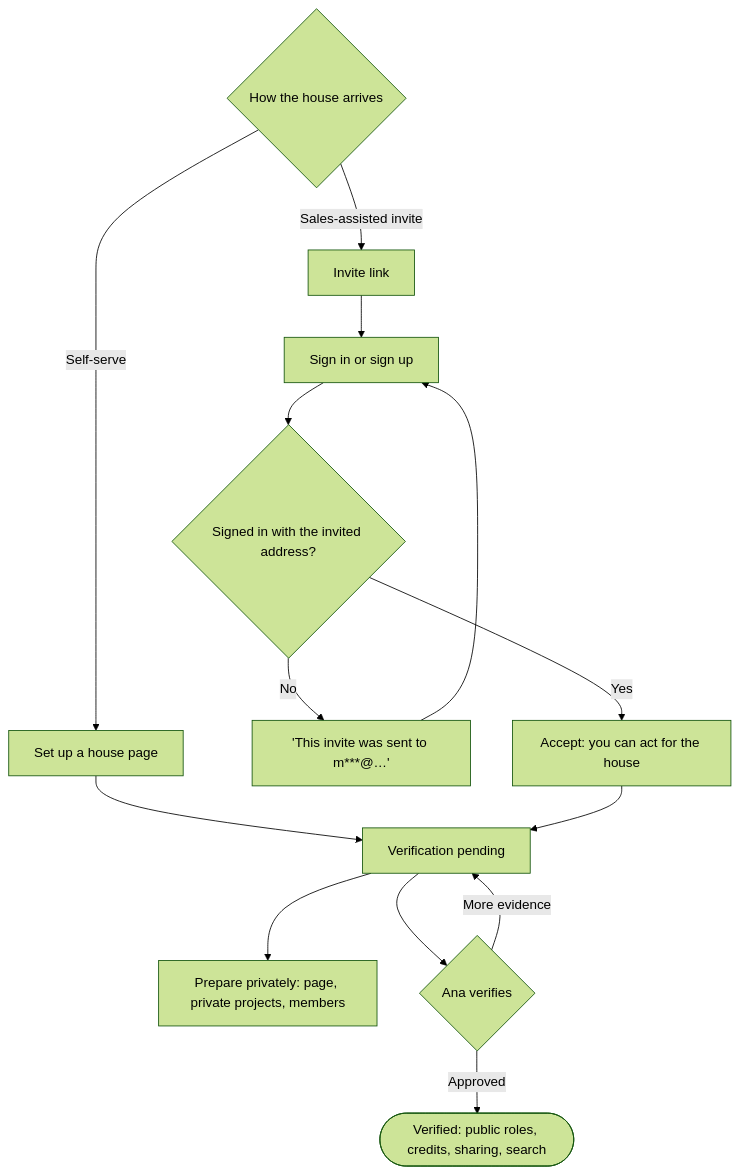
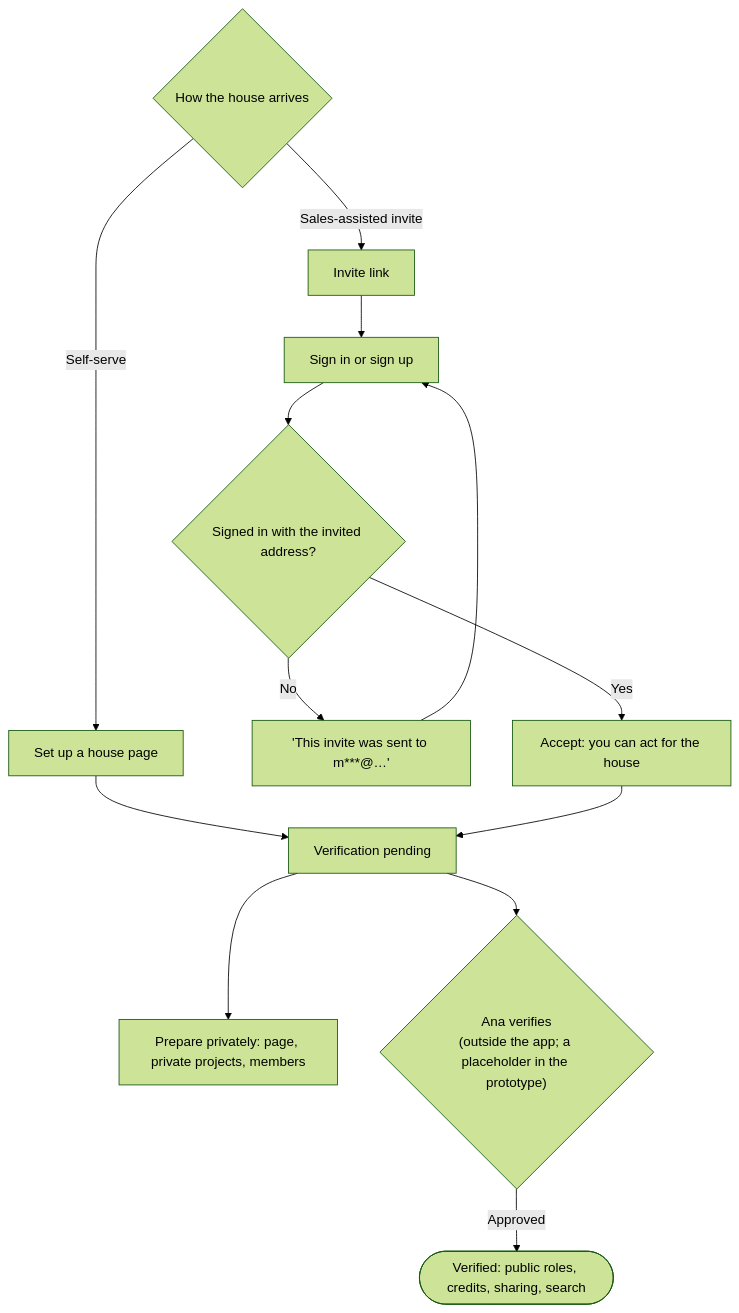
One commit to kirito-sketch/Art-Artist changed the fourth of 9 diagrams in docs/sunday/4-journeys.md. Above: the diagram before and after it, drawn with Mermaid (forest theme). The commit also changed other lines of this file and 8 other files, not shown here.

````diff
--- a/docs/sunday/4-journeys.md
+++ b/docs/sunday/4-journeys.md
@@ -79,14 +79,13 @@
 ```mermaid
 flowchart TD
   A{"How the house arrives"} -- "Sales-assisted invite" --> B["Invite link"]
   A -- "Self-serve" --> S["Set up a house page"]
   B --> C["Sign in or sign up"] --> D{"Signed in with the invited address?"}
   D -- No --> D2["'This invite was sent to m***@…'"] --> C
   D -- Yes --> E["Accept: you can act for the house"]
   S --> V["Verification pending"]
   E --> V
   V --> P["Prepare privately: page, private projects, members"]
-  V --> Q{"Ana verifies"}
+  V --> Q{"Ana verifies<br/>(outside the app; a placeholder in the prototype)"}
   Q -- Approved --> OK(["Verified: public roles, credits, sharing, search"])
-  Q -- "More evidence" --> V
 ```
````
